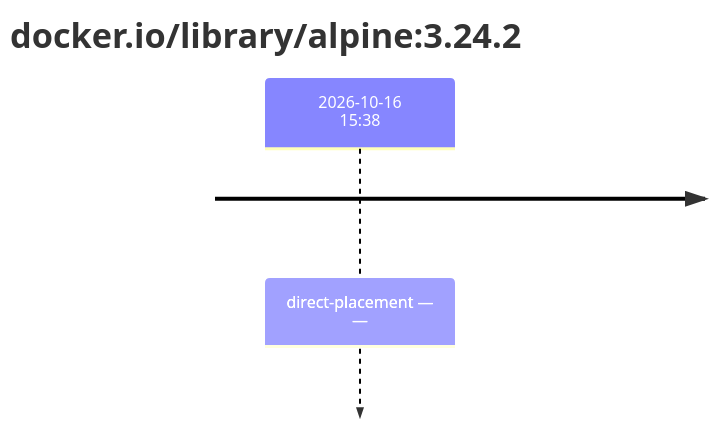
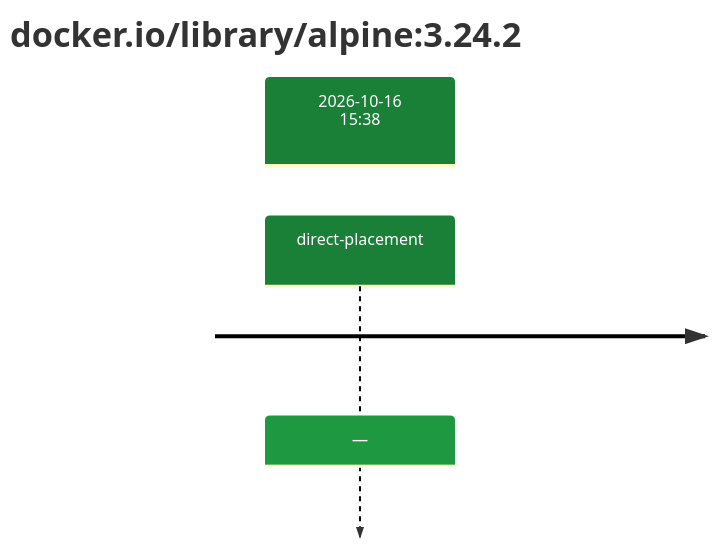
One commit to trivoallan/base-images changed the first of 2 diagrams in results/reports/base-alpine-3/sha256:294b683cb724975bec92580e1e685676bd4b50bda910ddb8c51d4cabeaec77e6.md. Above: the diagram before and after it, drawn with Mermaid. The commit also changed other lines of this file and 5 other files, not shown here.

````diff
--- a/results/reports/base-alpine-3/sha256:294b683cb724975bec92580e1e685676bd4b50bda910ddb8c51d4cabeaec77e6.md
+++ b/results/reports/base-alpine-3/sha256:294b683cb724975bec92580e1e685676bd4b50bda910ddb8c51d4cabeaec77e6.md
@@ -5,5 +5,7 @@
 ```mermaid
+%%{init: {"theme": "default", "themeVariables": {"cScale0": "#1a7f37", "cScaleLabel0": "#ffffff"}}}%%
 timeline
     title docker.io/library/alpine#58;3.24.2
-    2026-10-16 15#58;38 : direct-placement — —
+    section 2026-10-16 15#58;38
+        direct-placement : —
 ```
````
